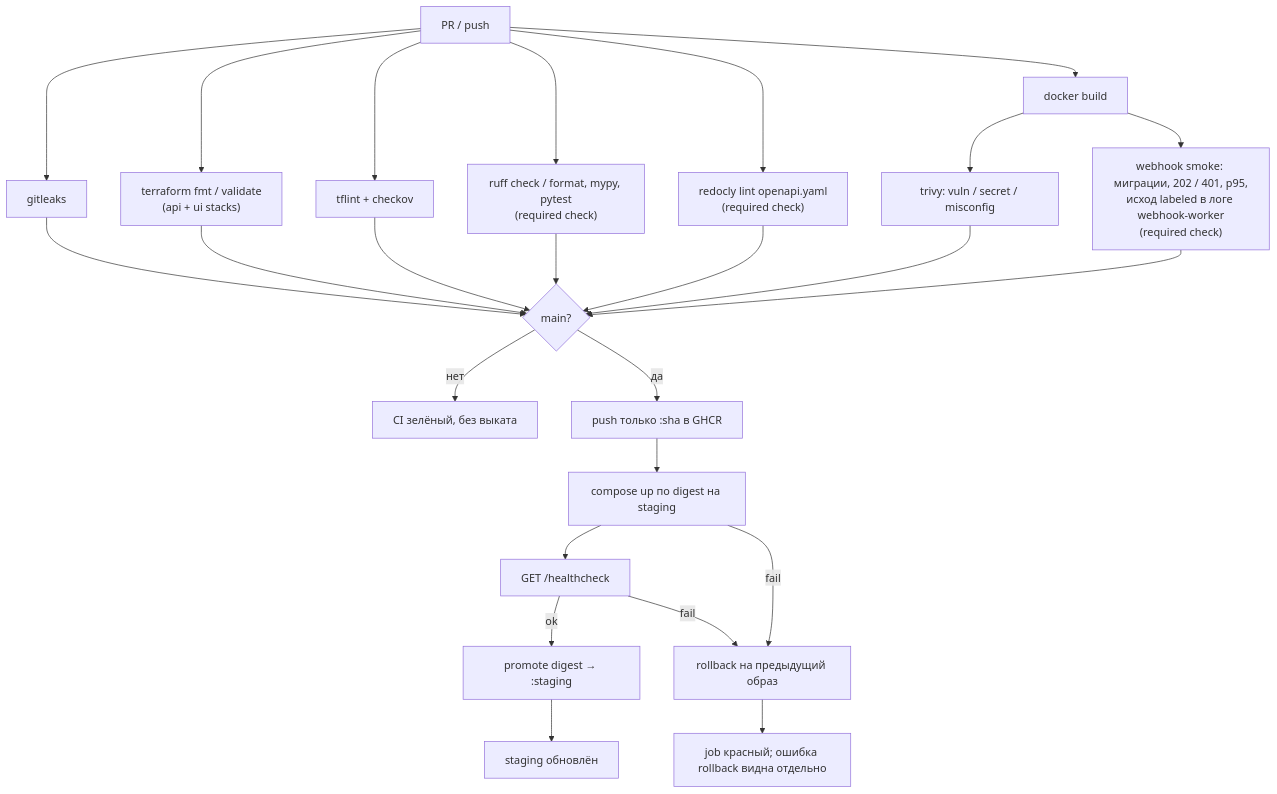
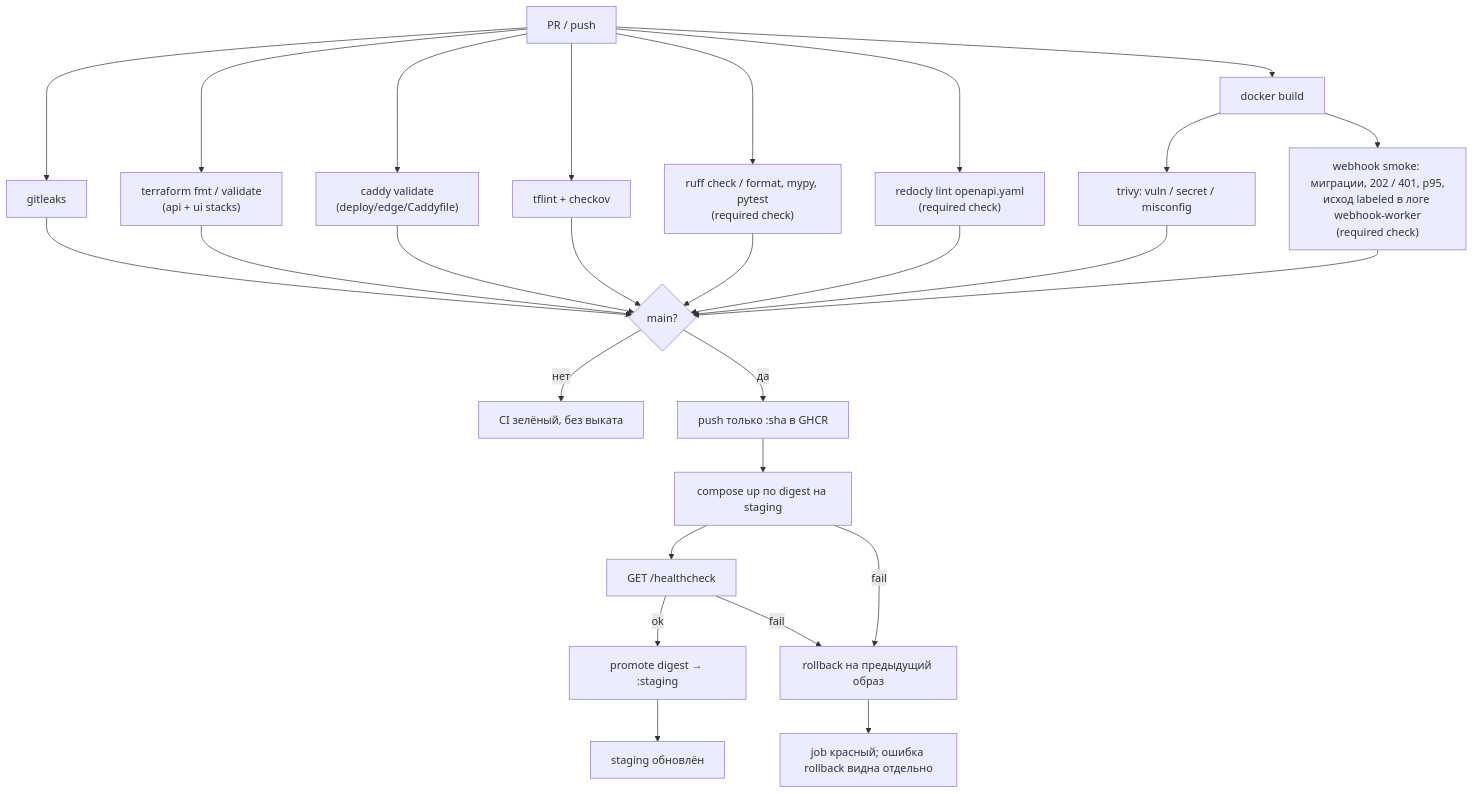
The diagram in docs/CICD.md (larchanka-training/dmc-268-api-t6), drawn with Mermaid before and after one commit. The commit also changed 2 other files, not shown here.

Commit message:
docs: tidy edge stub comments, the README and the CI diagram (#80)
The Caddyfile comments drop a comma splice and say the stub speaks of
the service behind the address. The README adds the cross-branch cause
of `immutable prompt changed` (another branch seeded its own
<key>.v<N>; reverting does not help). The CICD.md pipeline diagram
feeds the caddy validate job into the main gate like every other job
in push-image needs.

Claude-Session: https://claude.ai/code/session_01TvHKkqTn6PgFVHVEo6Dggy

````diff
--- a/docs/CICD.md
+++ b/docs/CICD.md
@@ -15,27 +15,29 @@
 ```mermaid
 flowchart TD
   pr["PR / push"] --> secrets["gitleaks"]
   pr --> tf["terraform fmt / validate\n(api + ui stacks)"]
+  pr --> caddy["caddy validate\n(deploy/edge/Caddyfile)"]
   pr --> lint["tflint + checkov"]
   pr --> py["ruff check / format, mypy, pytest\n(required check)"]
   pr --> oas["redocly lint openapi.yaml\n(required check)"]
   pr --> build["docker build"]
   build --> scan["trivy: vuln / secret / misconfig"]
   build --> smoke["webhook smoke: миграции, 202 / 401, p95,\nисход labeled в логе webhook-worker\n(required check)"]
   secrets --> gate{"main?"}
   py --> gate
   tf --> gate
+  caddy --> gate
   lint --> gate
   scan --> gate
   oas --> gate
   smoke --> gate
   gate -->|нет| stop["CI зелёный, без выката"]
   gate -->|да| push["push только :sha в GHCR"]
   push --> deploy["compose up по digest на staging"]
   deploy --> health["GET /healthcheck"]
   health -->|ok| promote["promote digest → :staging"]
   promote --> done["staging обновлён"]
   health -->|fail| rb["rollback на предыдущий образ"]
   deploy -->|fail| rb
   rb --> fail["job красный; ошибка rollback видна отдельно"]
 ```
````
